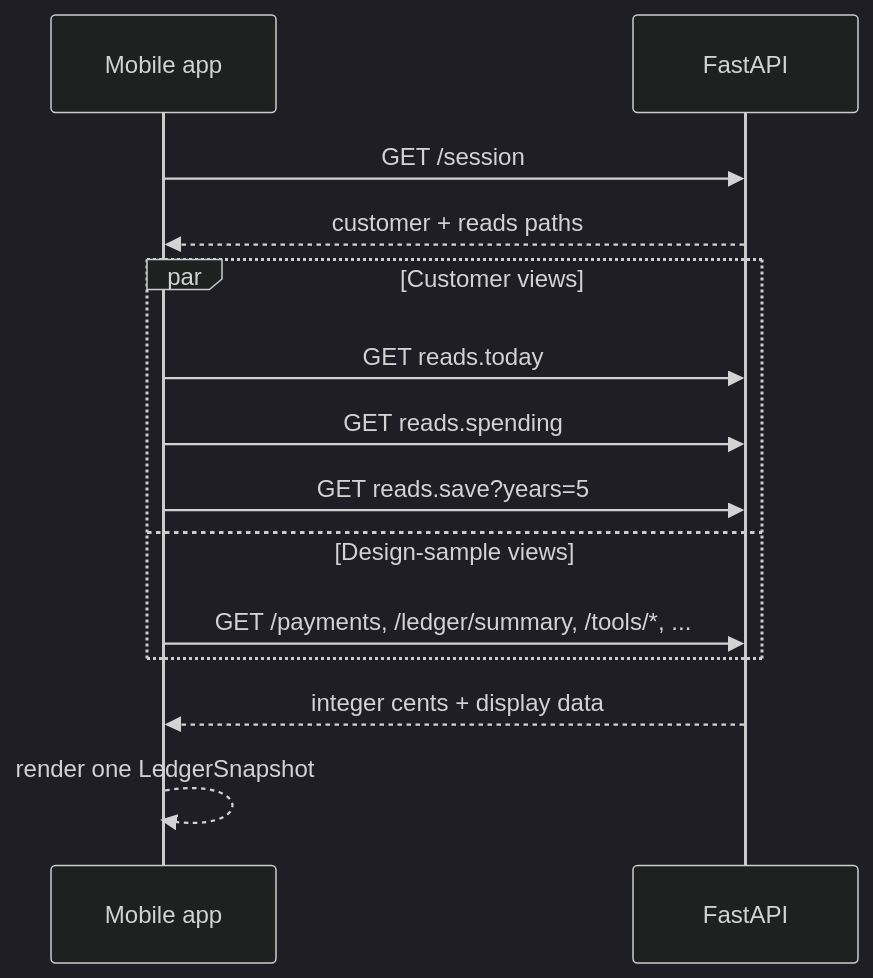
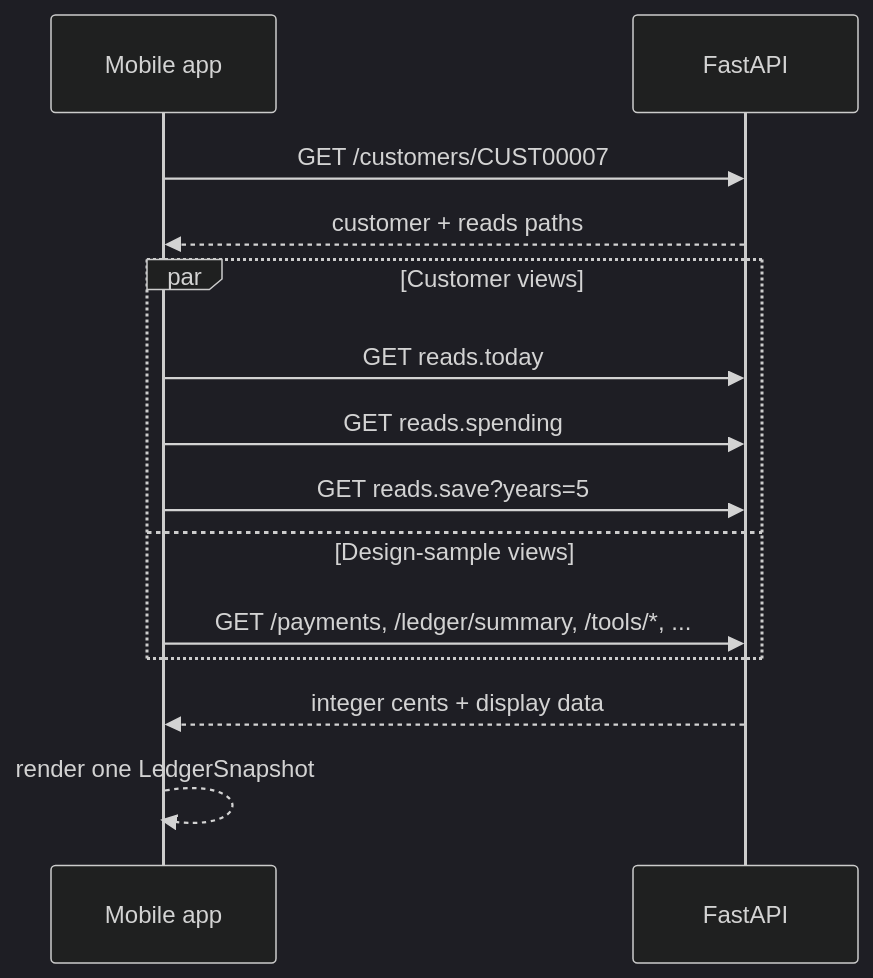
One commit to giaongo/SpendSight changed the third of 3 diagrams in frontend/README.md. Above: the diagram before and after it, drawn with Mermaid (dark theme). The commit also changed other lines of this file and 3 other files, not shown here.

First line of the commit message:
Load customer CUST00007 from /customers/{id} instead of /session

````diff
--- a/frontend/README.md
+++ b/frontend/README.md
@@ -167,16 +167,16 @@
 ```mermaid
 sequenceDiagram
     participant App as Mobile app
     participant API as FastAPI
-    App->>API: GET /session
+    App->>API: GET /customers/CUST00007
     API-->>App: customer + reads paths
     par Customer views
         App->>API: GET reads.today
         App->>API: GET reads.spending
         App->>API: GET reads.save?years=5
     and Design-sample views
         App->>API: GET /payments, /ledger/summary, /tools/*, ...
     end
     API-->>App: integer cents + display data
     App-->>App: render one LedgerSnapshot
 ```
````
